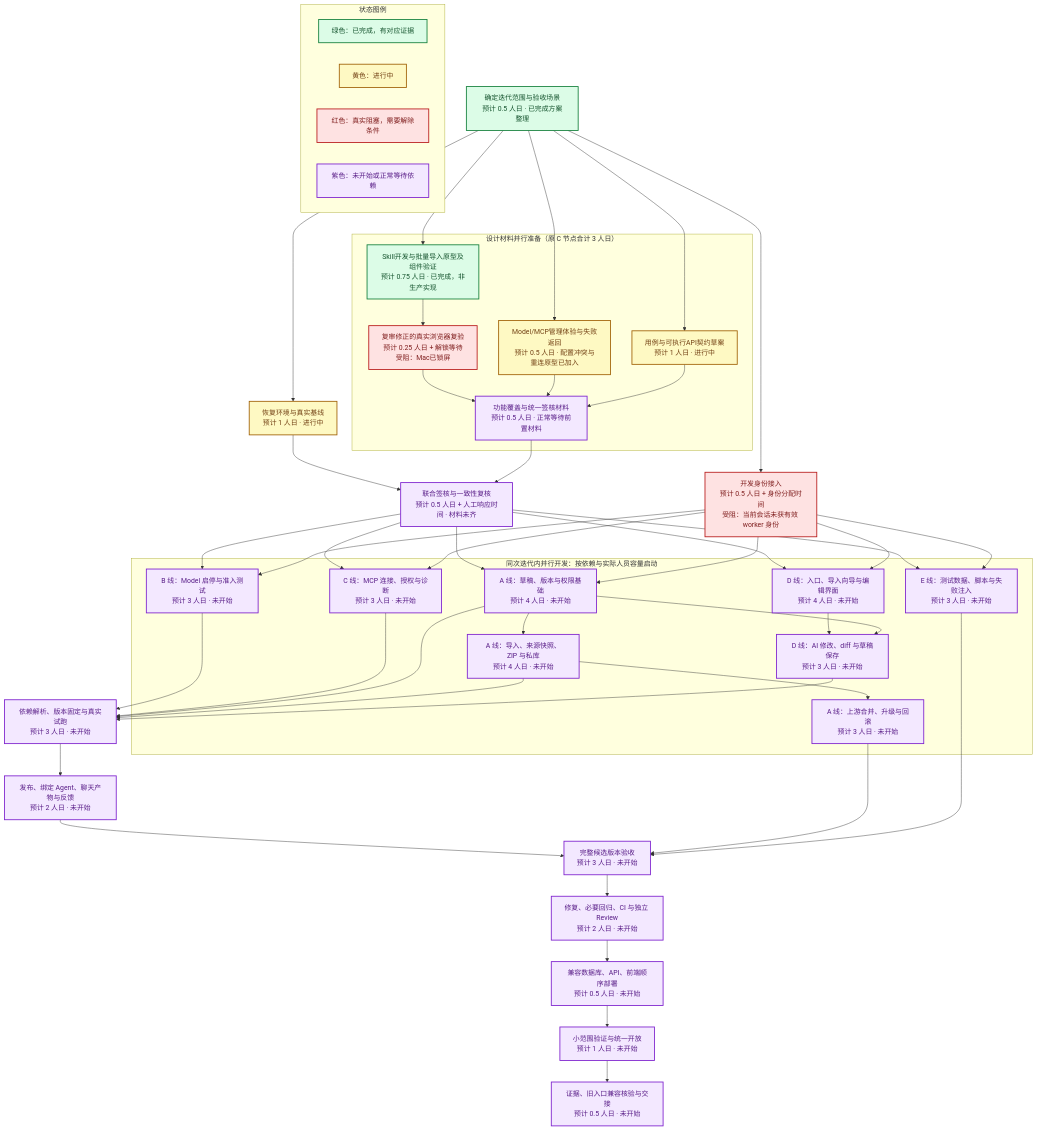
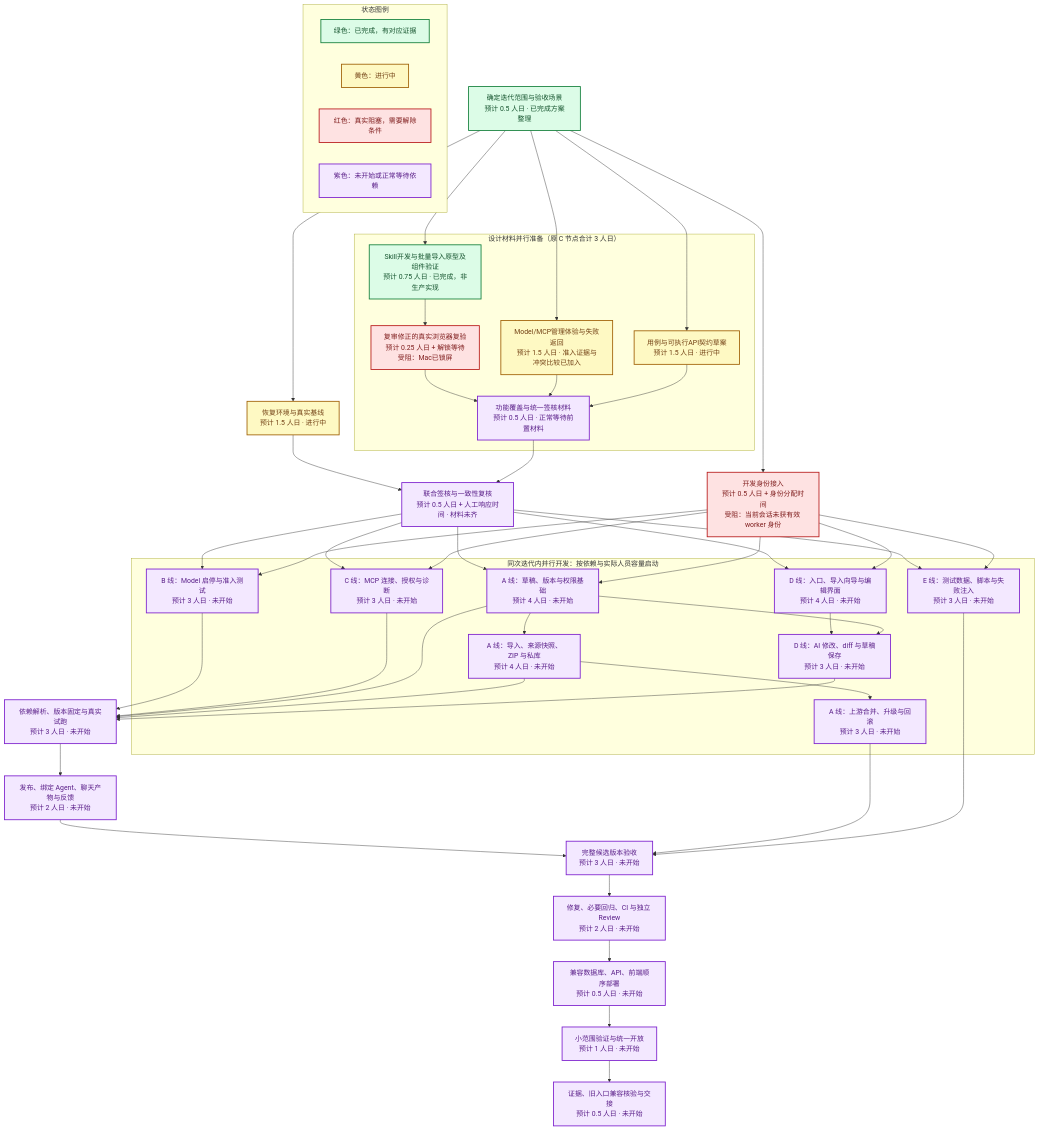
The diagram in docs/design/ai-capability-studio-e2e-plan-2026-09-09.md (boardx/workspacex), drawn with Mermaid before and after one commit. The commit also changed other lines of this file and 12 other files, not shown here.

````diff
--- a/docs/design/ai-capability-studio-e2e-plan-2026-09-09.md
+++ b/docs/design/ai-capability-studio-e2e-plan-2026-09-09.md
@@ -213,76 +213,76 @@
 ```mermaid
 flowchart TB
     A["确定迭代范围与验收场景<br/>预计 0.5 人日 · 已完成方案整理"]
-    A --> B["恢复环境与真实基线<br/>预计 1 人日 · 进行中"]
+    A --> B["恢复环境与真实基线<br/>预计 1.5 人日 · 进行中"]
     subgraph DESIGN["设计材料并行准备（原 C 节点合计 3 人日）"]
         C1["Skill开发与批量导入原型及组件验证<br/>预计 0.75 人日 · 已完成，非生产实现"]
         Y["复审修正的真实浏览器复验<br/>预计 0.25 人日 + 解锁等待<br/>受阻：Mac已锁屏"]
-        C2["Model/MCP管理体验与失败返回<br/>预计 0.5 人日 · 配置冲突与重连原型已加入"]
-        C3["用例与可执行API契约草案<br/>预计 1 人日 · 进行中"]
+        C2["Model/MCP管理体验与失败返回<br/>预计 1.5 人日 · 准入证据与冲突比较已加入"]
+        C3["用例与可执行API契约草案<br/>预计 1.5 人日 · 进行中"]
         C4["功能覆盖与统一签核材料<br/>预计 0.5 人日 · 正常等待前置材料"]
         C1 --> Y --> C4
         C2 --> C4
         C3 --> C4
     end
     A --> C1
     A --> C2
     A --> C3
     B --> G["联合签核与一致性复核<br/>预计 0.5 人日 + 人工响应时间 · 材料未齐"]
     C4 --> G
 
     subgraph BUILD["同次迭代内并行开发：按依赖与实际人员容量启动"]
         D["A 线：草稿、版本与权限基础<br/>预计 4 人日 · 未开始"]
         I["A 线：导入、来源快照、ZIP 与私库<br/>预计 4 人日 · 未开始"]
         U["A 线：上游合并、升级与回滚<br/>预计 3 人日 · 未开始"]
         M["B 线：Model 启停与准入测试<br/>预计 3 人日 · 未开始"]
         P["C 线：MCP 连接、授权与诊断<br/>预计 3 人日 · 未开始"]
         F["D 线：入口、导入向导与编辑界面<br/>预计 4 人日 · 未开始"]
         E["D 线：AI 修改、diff 与草稿保存<br/>预计 3 人日 · 未开始"]
         T["E 线：测试数据、脚本与失败注入<br/>预计 3 人日 · 未开始"]
         D --> I --> U
         F --> E
         D --> E
     end
 
     G --> D
     G --> M
     G --> P
     G --> F
     G --> T
     M --> R["依赖解析、版本固定与真实试跑<br/>预计 3 人日 · 未开始"]
     P --> R
     D --> R
     I --> R
     E --> R
     R --> H["发布、绑定 Agent、聊天产物与反馈<br/>预计 2 人日 · 未开始"]
     H --> V["完整候选版本验收<br/>预计 3 人日 · 未开始"]
     U --> V
     T --> V
     V --> J["修复、必要回归、CI 与独立 Review<br/>预计 2 人日 · 未开始"]
     J --> K["兼容数据库、API、前端顺序部署<br/>预计 0.5 人日 · 未开始"]
     K --> L["小范围验证与统一开放<br/>预计 1 人日 · 未开始"]
     L --> Z["证据、旧入口兼容核验与交接<br/>预计 0.5 人日 · 未开始"]
 
     X["开发身份接入<br/>预计 0.5 人日 + 身份分配时间<br/>受阻：当前会话未获有效 worker 身份"]
     A --> X
     X --> D
     X --> M
     X --> P
     X --> F
     X --> T
 
     subgraph LEGEND["状态图例"]
         LG["绿色：已完成，有对应证据"]
         LY["黄色：进行中"]
         LR["红色：真实阻塞，需要解除条件"]
         LP["紫色：未开始或正常等待依赖"]
     end
     classDef done fill:#dcfce7,stroke:#15803d,color:#14532d,stroke-width:2px;
     classDef active fill:#fef9c3,stroke:#a16207,color:#713f12,stroke-width:2px;
     classDef blocked fill:#fee2e2,stroke:#b91c1c,color:#7f1d1d,stroke-width:2px;
     classDef pending fill:#f3e8ff,stroke:#7e22ce,color:#581c87,stroke-width:2px;
     class A,C1,LG done;
     class B,C2,C3,LY active;
     class X,Y,LR blocked;
     class C4,G,D,I,U,M,P,F,E,T,R,H,V,J,K,L,Z,LP pending;
 ```
````
